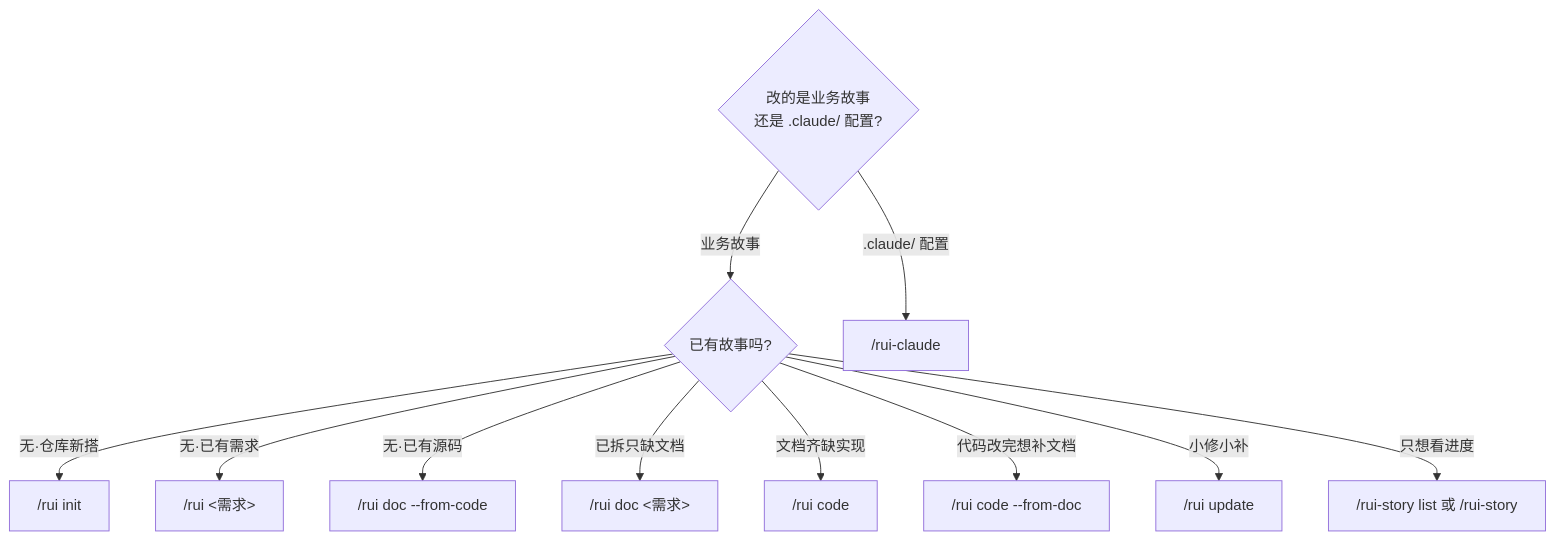
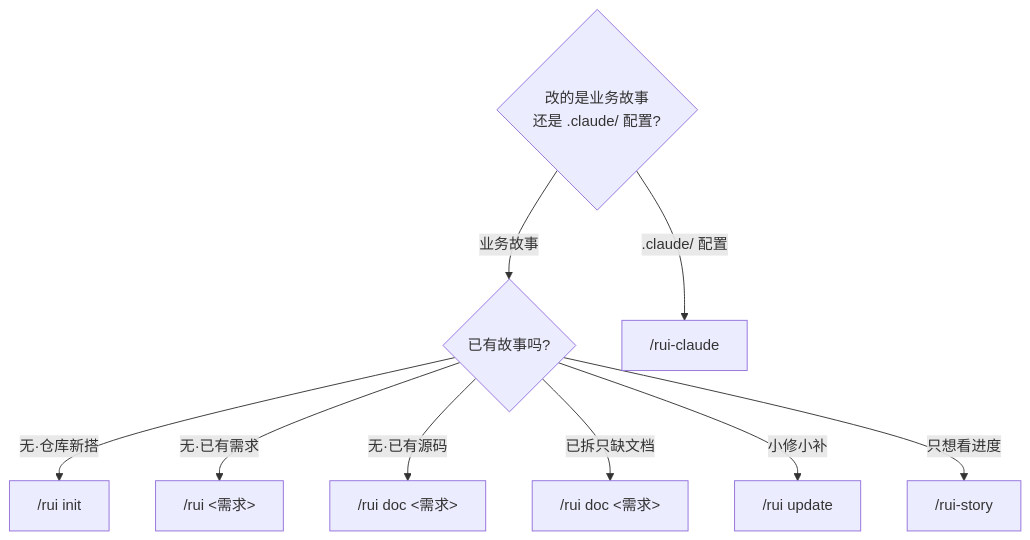
Before and after one commit to effiy/YrY: the third of 4 diagrams in README.md, drawn with Mermaid. The commit also changed other lines of this file and 3 other files, not shown here.

````diff
--- a/README.md
+++ b/README.md
@@ -75,14 +75,12 @@
 ```mermaid
 flowchart TD
     Q1{"改的是业务故事<br>还是 .claude/ 配置?"}
     Q1 -->|"业务故事"| Q2{"已有故事吗?"}
     Q1 -->|".claude/ 配置"| RC["/rui-claude"]
     Q2 -->|"无·仓库新搭"| INIT["/rui init"]
     Q2 -->|"无·已有需求"| E2E["/rui <需求>"]
-    Q2 -->|"无·已有源码"| FC["/rui doc --from-code"]
-    Q2 -->|"已拆只缺文档"| DOC["/rui doc <需求>"]
-    Q2 -->|"文档齐缺实现"| CODE["/rui code <name>"]
-    Q2 -->|"代码改完想补文档"| FD["/rui code --from-doc"]
+    Q2 -->|"无·已有源码"| DOC["/rui doc <需求>"]
+    Q2 -->|"已拆只缺文档"| DOC2["/rui doc <需求>"]
     Q2 -->|"小修小补"| UPD["/rui update"]
-    Q2 -->|"只想看进度"| LIST["/rui-story list 或 /rui-story"]
+    Q2 -->|"只想看进度"| STORY["/rui-story"]
 ```
````
